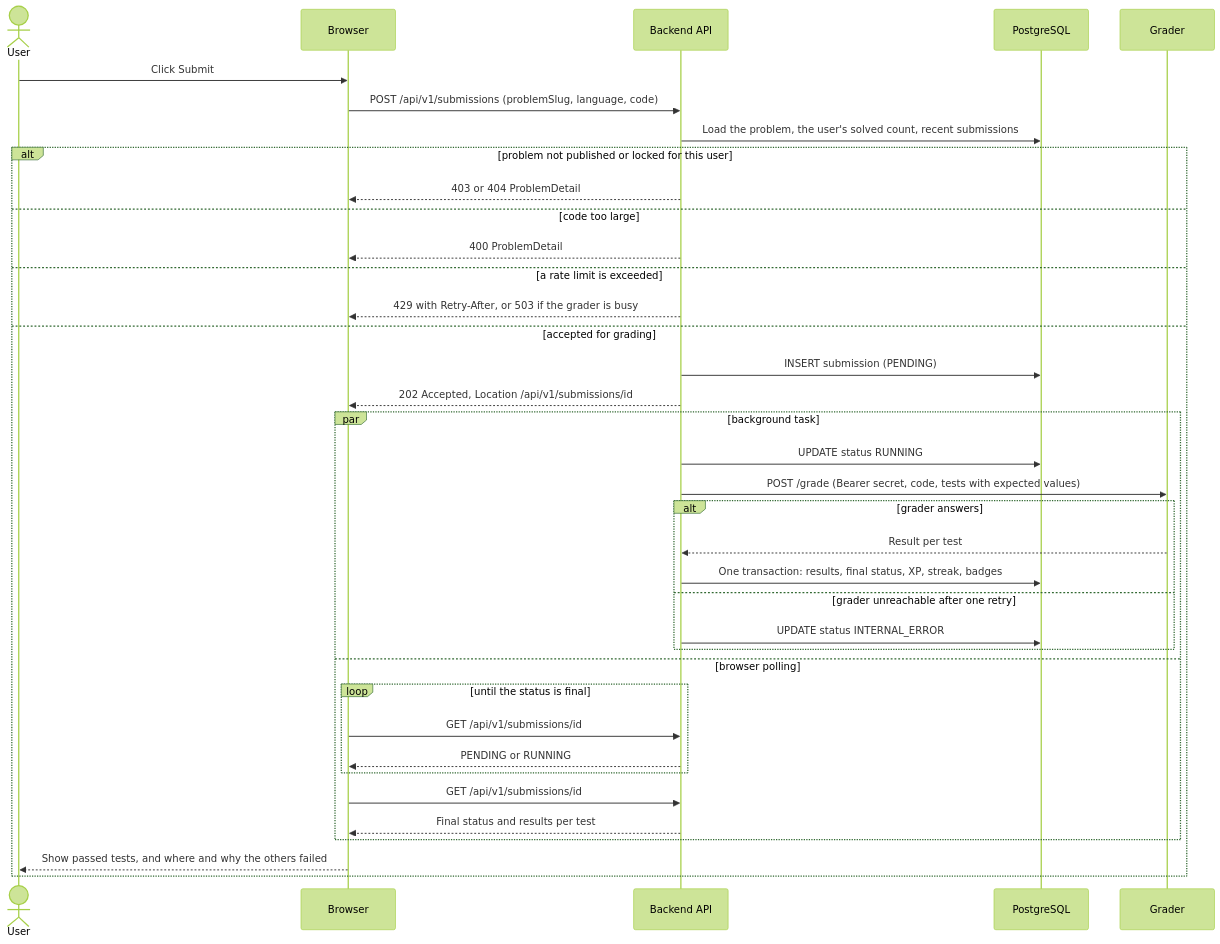
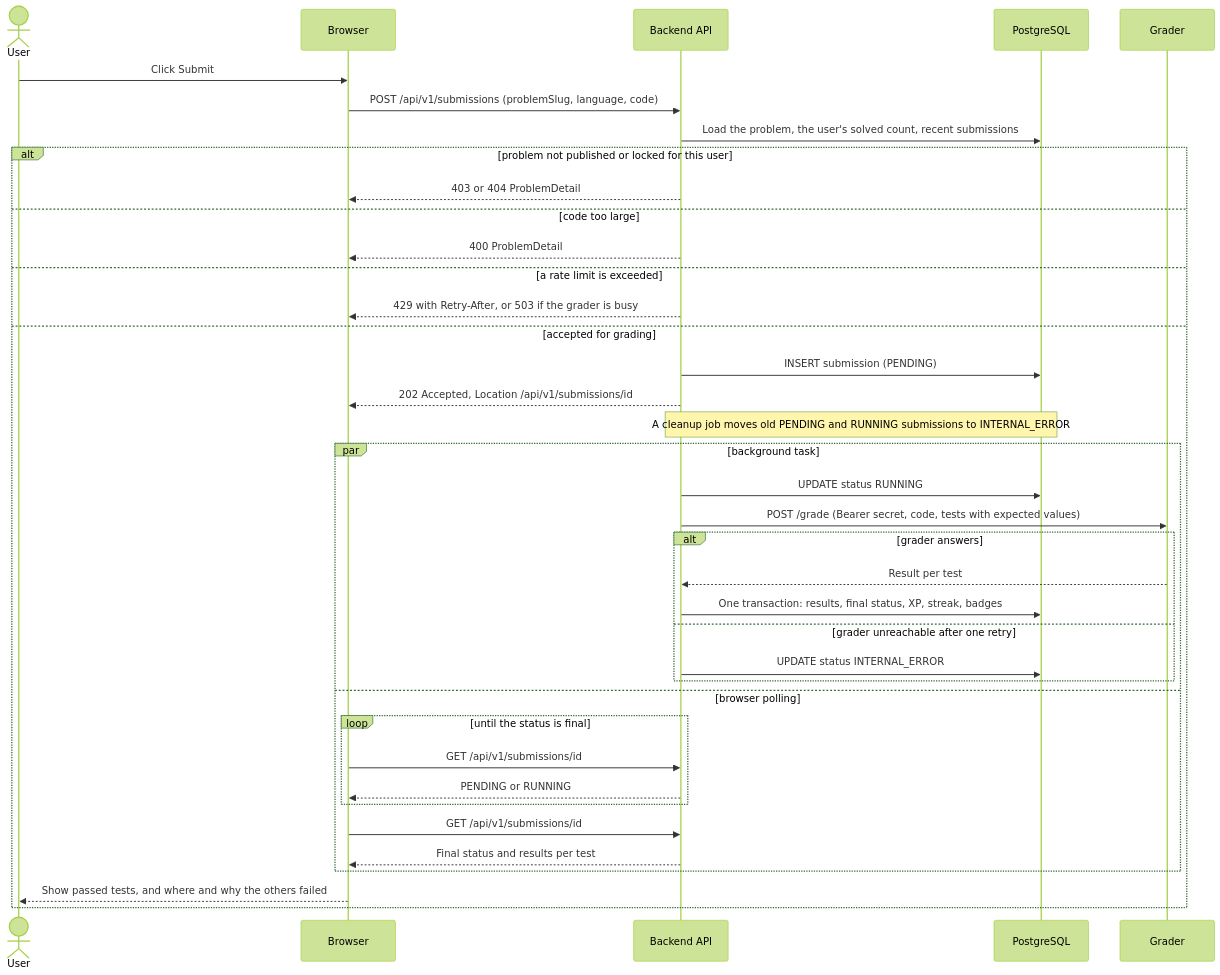
Before and after one commit to Kerolly/software_engineering_II: the fourth of 10 diagrams in docs/design/flows.md, drawn with Mermaid (forest theme). The commit also changed other lines of this file and 2 other files, not shown here.

````diff
--- a/docs/design/flows.md
+++ b/docs/design/flows.md
@@ -75,40 +108,41 @@
 ```mermaid
 sequenceDiagram
     actor User
     participant B as Browser
     participant API as Backend API
     participant DB as PostgreSQL
     participant G as Grader
 
     User->>B: Click Submit
     B->>API: POST /api/v1/submissions (problemSlug, language, code)
     API->>DB: Load the problem, the user's solved count, recent submissions
     alt problem not published or locked for this user
         API-->>B: 403 or 404 ProblemDetail
     else code too large
         API-->>B: 400 ProblemDetail
     else a rate limit is exceeded
         API-->>B: 429 with Retry-After, or 503 if the grader is busy
     else accepted for grading
         API->>DB: INSERT submission (PENDING)
         API-->>B: 202 Accepted, Location /api/v1/submissions/id
+        Note over API,DB: A cleanup job moves old PENDING and RUNNING submissions to INTERNAL_ERROR
         par background task
             API->>DB: UPDATE status RUNNING
             API->>G: POST /grade (Bearer secret, code, tests with expected values)
             alt grader answers
                 G-->>API: Result per test
                 API->>DB: One transaction: results, final status, XP, streak, badges
             else grader unreachable after one retry
                 API->>DB: UPDATE status INTERNAL_ERROR
             end
         and browser polling
             loop until the status is final
                 B->>API: GET /api/v1/submissions/id
                 API-->>B: PENDING or RUNNING
             end
             B->>API: GET /api/v1/submissions/id
             API-->>B: Final status and results per test
         end
         B-->>User: Show passed tests, and where and why the others failed
     end
 ```
````
